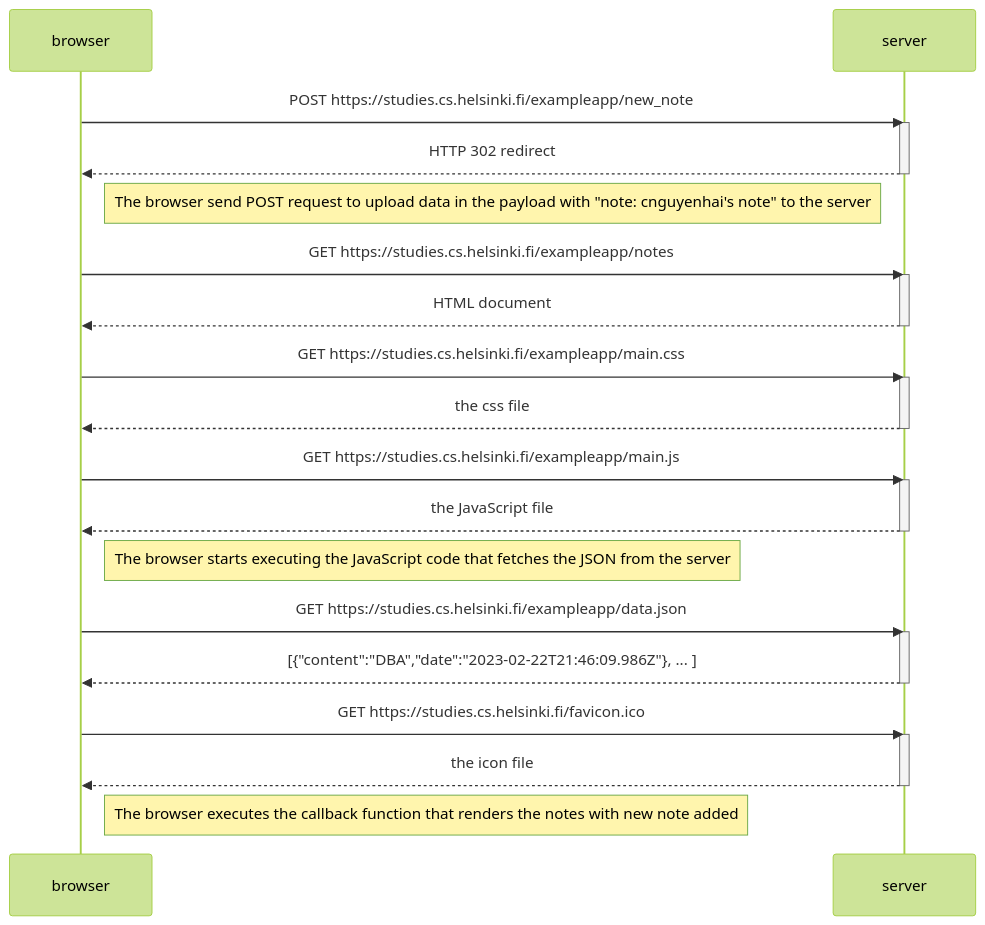
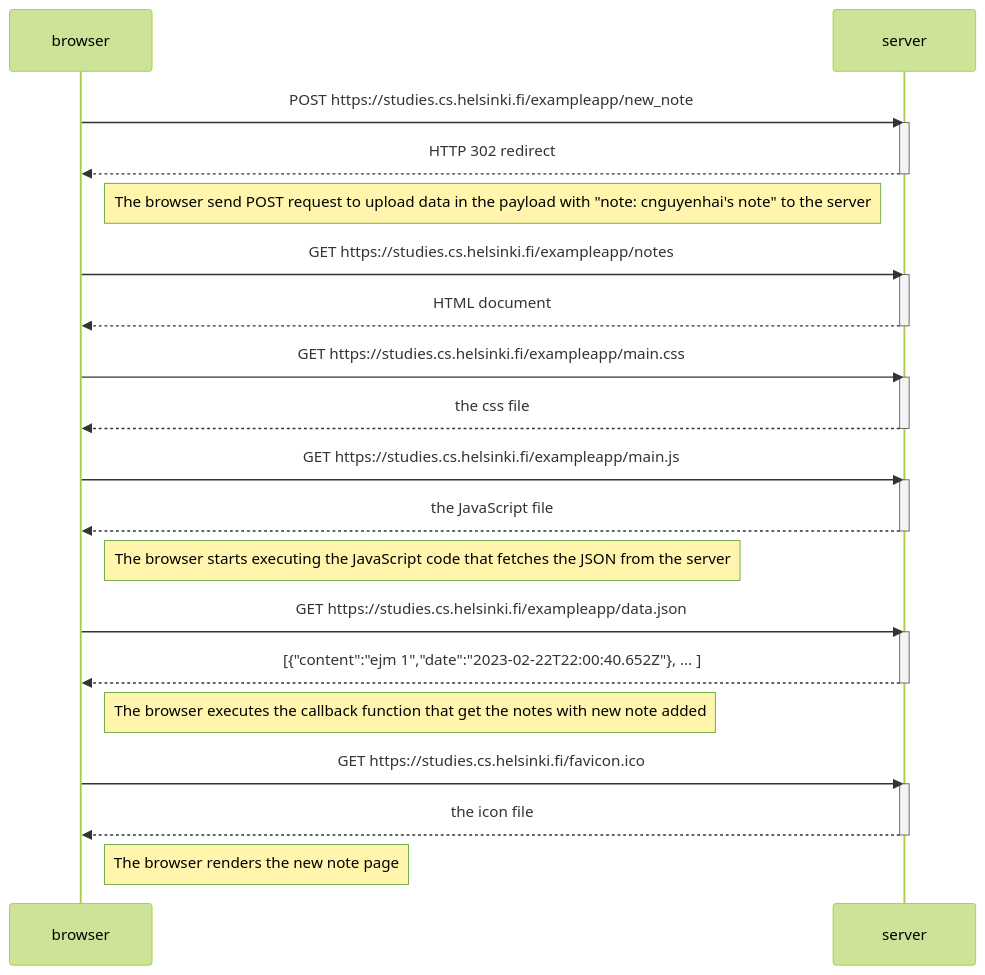
Before and after one commit to nhaichau/fullstackopen-course: the diagram in part0/exercise-0.4.md, drawn with Mermaid (forest theme).

Commit message:
modify md file for "new note"

````diff
--- a/part0/exercise-0.4.md
+++ b/part0/exercise-0.4.md
@@ -3,41 +3,43 @@
 ```mermaid
 sequenceDiagram
     participant browser
     participant server
     
     browser->>server: POST https://studies.cs.helsinki.fi/exampleapp/new_note
     activate server
     server-->>browser: HTTP 302 redirect
     deactivate server
 
     Note right of browser: The browser send POST request to upload data in the payload with "note: cnguyenhai's note" to the server
 
     browser->>server: GET https://studies.cs.helsinki.fi/exampleapp/notes
     activate server
     server-->>browser: HTML document
     deactivate server
 
     browser->>server: GET https://studies.cs.helsinki.fi/exampleapp/main.css
     activate server
     server-->>browser: the css file
     deactivate server
 
     browser->>server: GET https://studies.cs.helsinki.fi/exampleapp/main.js
     activate server
     server-->>browser: the JavaScript file
     deactivate server 
     
     Note right of browser: The browser starts executing the JavaScript code that fetches the JSON from the server 
     
     browser->>server: GET https://studies.cs.helsinki.fi/exampleapp/data.json
     activate server
-    server-->>browser: [{"content":"DBA","date":"2023-02-22T21:46:09.986Z"}, ... ]
-    deactivate server    
+    server-->>browser: [{"content":"ejm 1","date":"2023-02-22T22:00:40.652Z"}, ... ]
+    deactivate server
+
+    Note right of browser: The browser executes the callback function that get the notes with new note added    
 
     browser->>server: GET https://studies.cs.helsinki.fi/favicon.ico
     activate server
     server-->>browser: the icon file
     deactivate server
 
-    Note right of browser: The browser executes the callback function that renders the notes with new note added
+    Note right of browser: The browser renders the new note page
 ```
````
